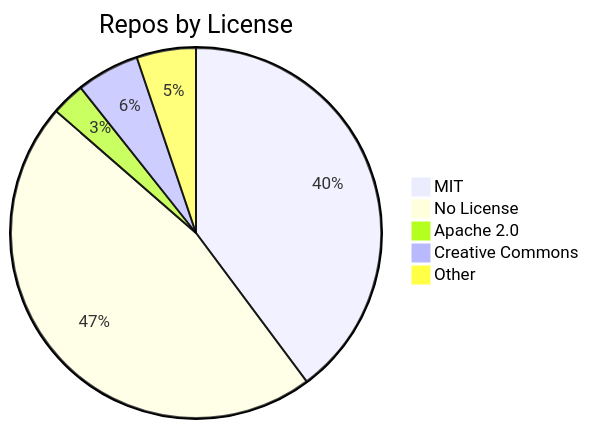
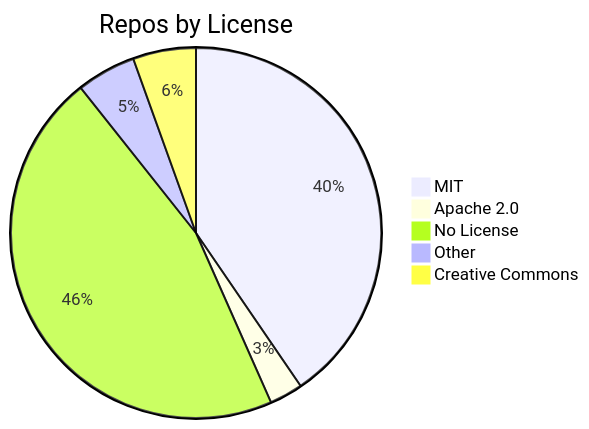
The diagram in README.md (jpatterson933/awesome-mcp-server-repo-index), drawn with Mermaid before and after one commit. The commit also changed other lines of this file and 3 other files, not shown here.

````diff
--- a/README.md
+++ b/README.md
@@ -29,8 +29,8 @@
 ```mermaid
 pie title Repos by License
-    "MIT" : 123
-    "No License" : 144
+    "MIT" : 125
     "Apache 2.0" : 9
+    "No License" : 142
+    "Other" : 16
     "Creative Commons" : 17
-    "Other" : 16
 ```
````
